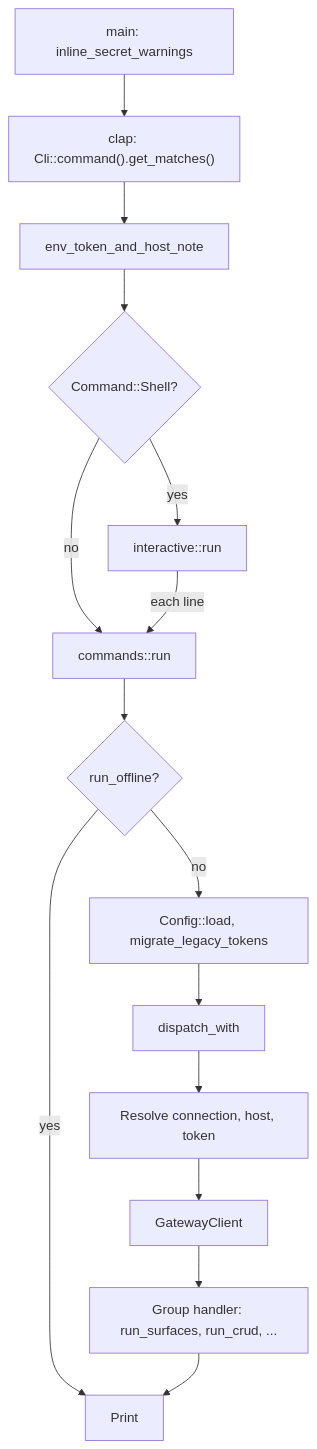
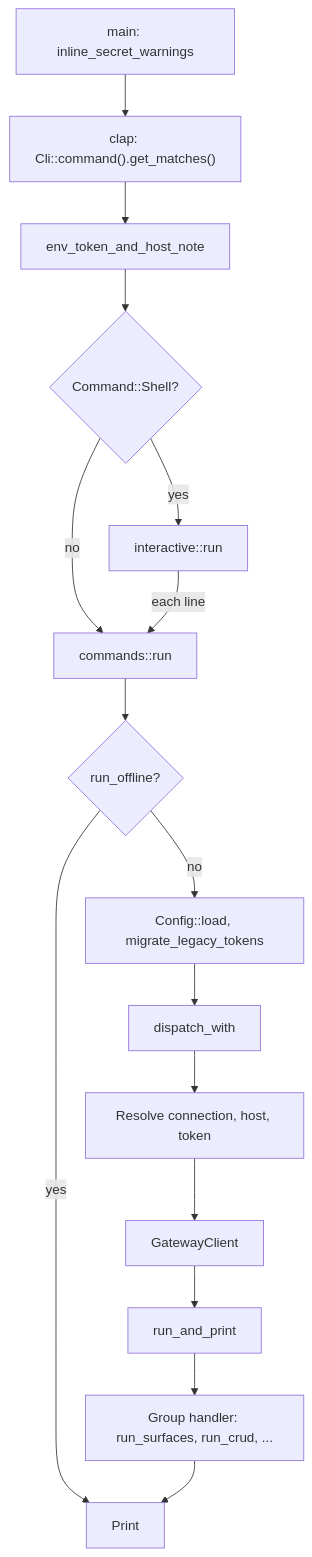
One commit to affinidi-ai/affinidi-trust-fabric-cli changed the diagram in ARCHITECTURE.md. Above: the diagram before and after it, drawn with Mermaid. The commit also changed other lines of this file and 13 other files, not shown here.

````diff
--- a/ARCHITECTURE.md
+++ b/ARCHITECTURE.md
@@ -68,17 +68,18 @@
 ```mermaid
 flowchart TB
     A["main: inline_secret_warnings"] --> B["clap: Cli::command().get_matches()"]
     B --> C["env_token_and_host_note"]
     C --> D{"Command::Shell?"}
     D -- yes --> S["interactive::run"]
     D -- no --> R["commands::run"]
     S -- each line --> R
     R --> O{"run_offline?"}
     O -- yes --> P["Print"]
     O -- no --> L["Config::load, migrate_legacy_tokens"]
     L --> W["dispatch_with"]
     W --> H["Resolve connection, host, token"]
     H --> G["GatewayClient"]
-    G --> X["Group handler: run_surfaces, run_crud, ..."]
+    G --> RP["run_and_print"]
+    RP --> X["Group handler: run_surfaces, run_crud, ..."]
     X --> P
 ```
````
